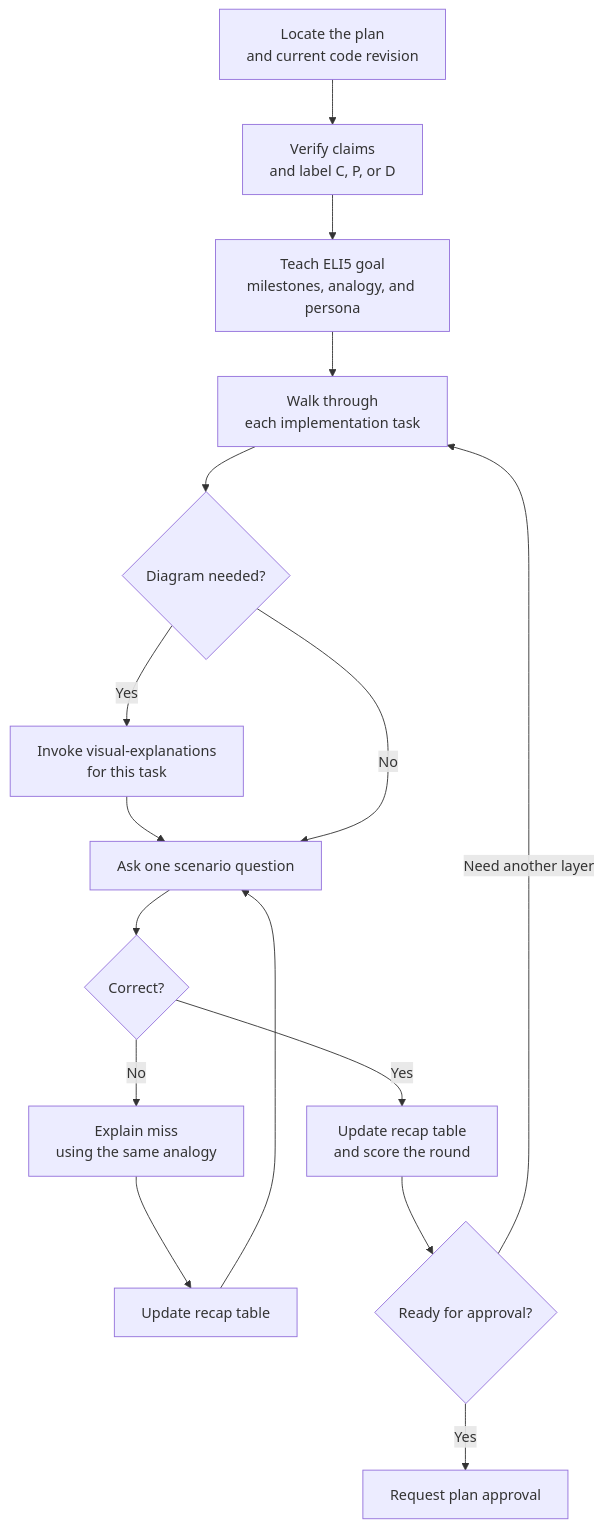
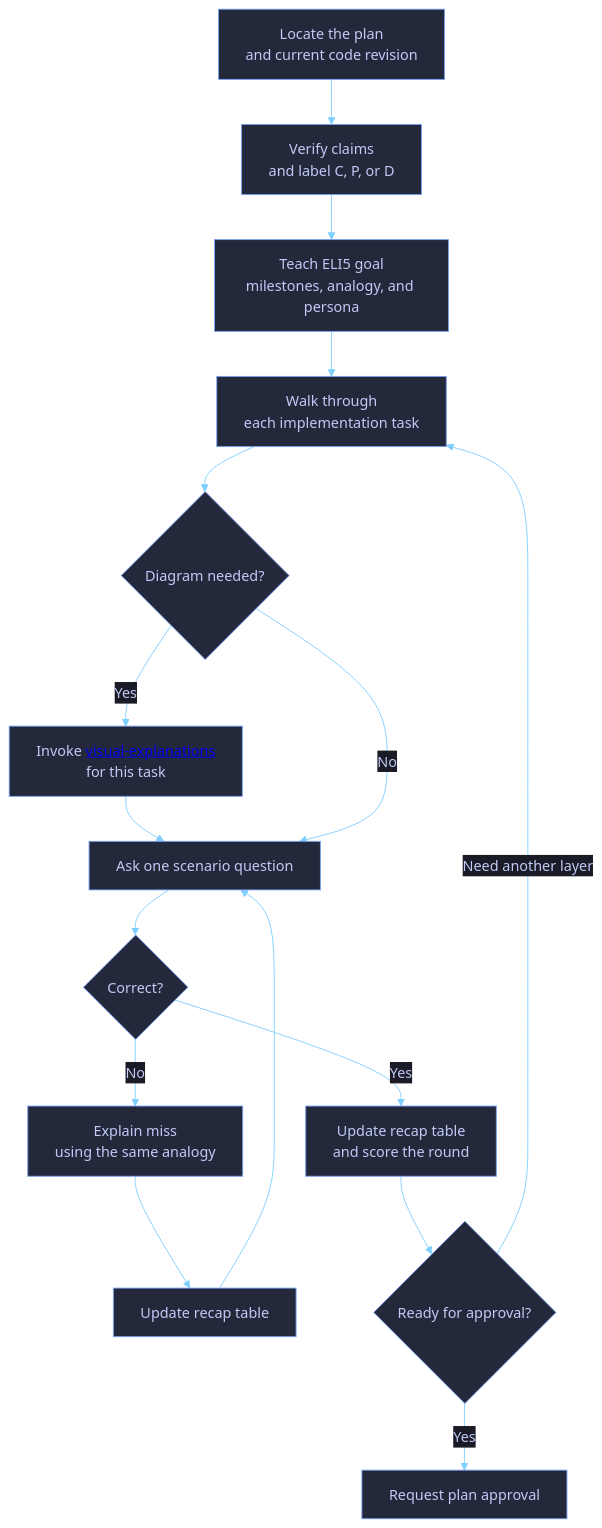
The diagram in docs/skill-workflows/plan-walkthrough-quiz.md (dvo-dev/copilot-guidance), drawn with Mermaid before and after one commit. The commit also changed 10 other files, not shown here.

Commit message:
Theme workflow diagrams and fix skill links

````diff
--- a/docs/skill-workflows/plan-walkthrough-quiz.md
+++ b/docs/skill-workflows/plan-walkthrough-quiz.md
@@ -13,20 +13,20 @@
 ```mermaid
+%%{init: {"theme":"base","themeVariables":{"background":"#1a1b26","primaryColor":"#24283b","primaryTextColor":"#c0caf5","primaryBorderColor":"#7aa2f7","secondaryColor":"#1f2335","secondaryTextColor":"#c0caf5","secondaryBorderColor":"#bb9af7","tertiaryColor":"#16161e","tertiaryTextColor":"#c0caf5","tertiaryBorderColor":"#7dcfff","lineColor":"#7dcfff","textColor":"#c0caf5","mainBkg":"#24283b","nodeBorder":"#7aa2f7","clusterBkg":"#16161e","clusterBorder":"#565f89","defaultLinkColor":"#7dcfff","edgeLabelBackground":"#1a1b26","titleColor":"#bb9af7","fontFamily":"ui-monospace, SFMono-Regular, Menlo, Monaco, Consolas, Liberation Mono, monospace"},"flowchart":{"curve":"basis","htmlLabels":true}}}%%
 flowchart TD
     A["Locate the plan<br/>and current code revision"] --> B["Verify claims<br/>and label C, P, or D"]
     B --> C["Teach ELI5 goal<br/>milestones, analogy, and persona"]
     C --> D["Walk through<br/>each implementation task"]
     D --> V{"Diagram needed?"}
-    V -->|Yes| X["Invoke visual-explanations<br/>for this task"]
+    V -->|Yes| X["Invoke <a href='visual-explanations.md'>visual-explanations</a><br/>for this task"]
     X --> E["Ask one scenario question"]
     V -->|No| E
     E --> F{"Correct?"}
     F -->|No| G["Explain miss<br/>using the same analogy"]
     G --> H["Update recap table"]
     H --> E
     F -->|Yes| I["Update recap table<br/>and score the round"]
     I --> J{"Ready for approval?"}
     J -->|Need another layer| D
     J -->|Yes| K["Request plan approval"]
 
-    click X href "visual-explanations.md" "Open the visual-explanations workflow"
 ```
````
